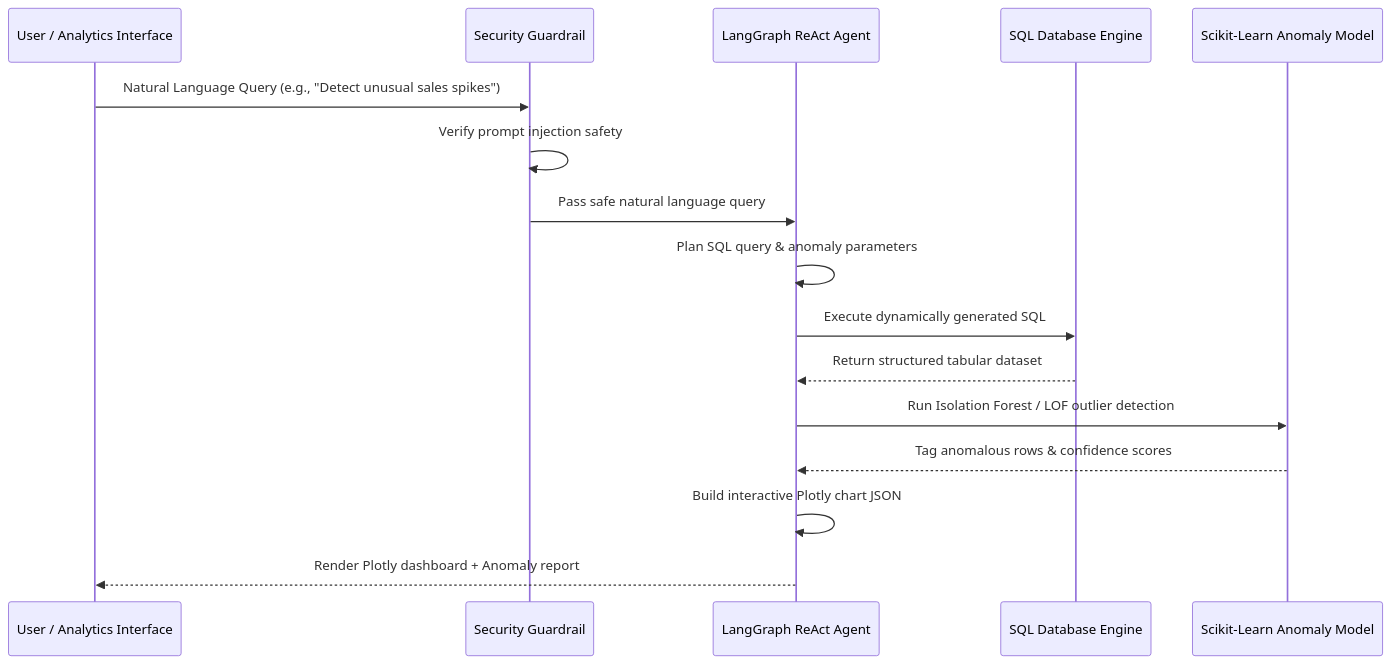
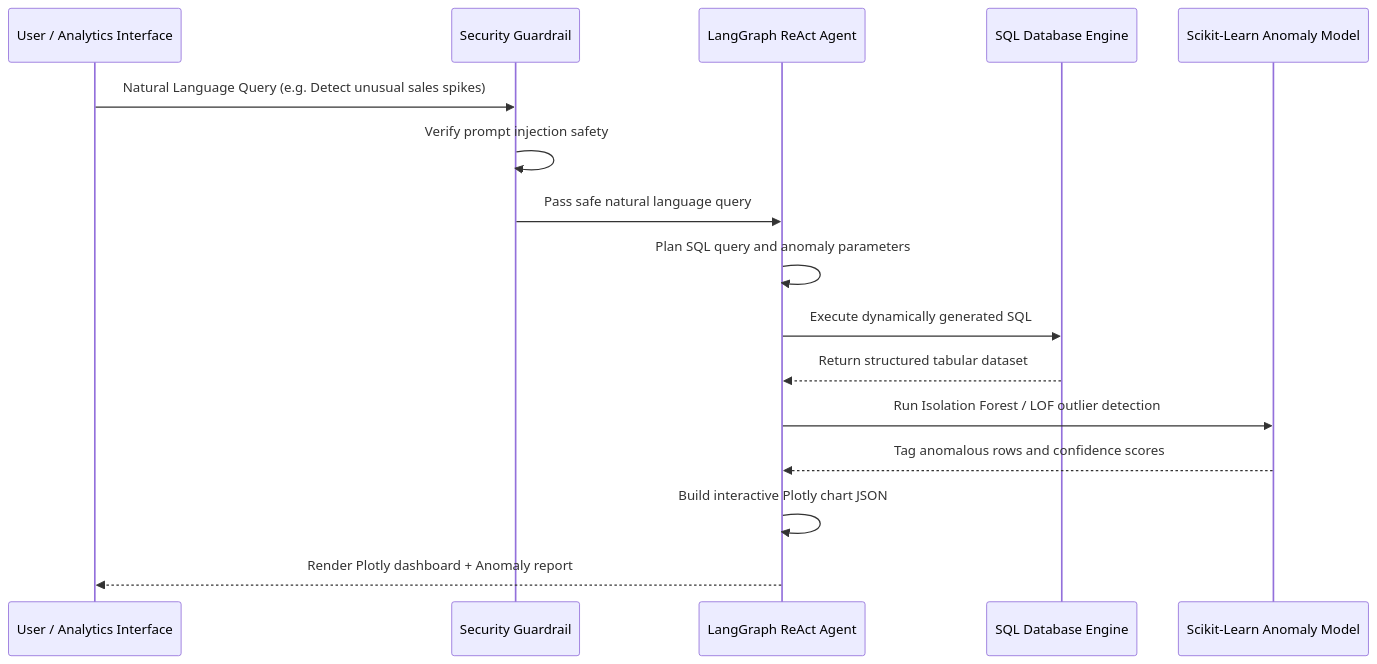
The second of 2 diagrams in README.md (siddarth1872004/DataVigil), drawn with Mermaid before and after one commit. The commit also changed other lines of this file, not shown here.

Commit message:
fix: quote Mermaid node labels to fix GitHub diagram rendering

````diff
--- a/README.md
+++ b/README.md
@@ -52,19 +57,19 @@
 ```mermaid
 sequenceDiagram
     participant User as User / Analytics Interface
     participant Guard as Security Guardrail
     participant Agent as LangGraph ReAct Agent
     participant DB as SQL Database Engine
     participant ML as Scikit-Learn Anomaly Model
 
-    User->>Guard: Natural Language Query (e.g., "Detect unusual sales spikes")
+    User->>Guard: Natural Language Query (e.g. Detect unusual sales spikes)
     Guard->>Guard: Verify prompt injection safety
     Guard->>Agent: Pass safe natural language query
-    Agent->>Agent: Plan SQL query & anomaly parameters
+    Agent->>Agent: Plan SQL query and anomaly parameters
     Agent->>DB: Execute dynamically generated SQL
     DB-->>Agent: Return structured tabular dataset
     Agent->>ML: Run Isolation Forest / LOF outlier detection
-    ML-->>Agent: Tag anomalous rows & confidence scores
+    ML-->>Agent: Tag anomalous rows and confidence scores
     Agent->>Agent: Build interactive Plotly chart JSON
     Agent-->>User: Render Plotly dashboard + Anomaly report
 ```
````
